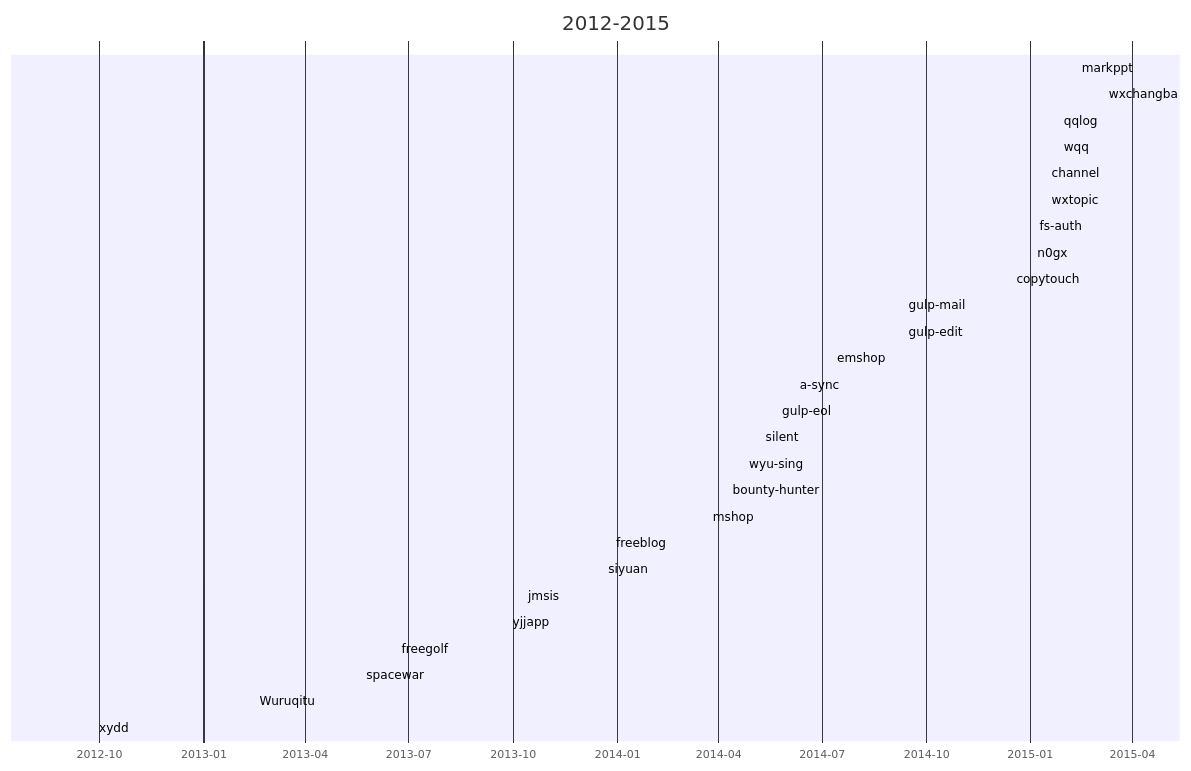
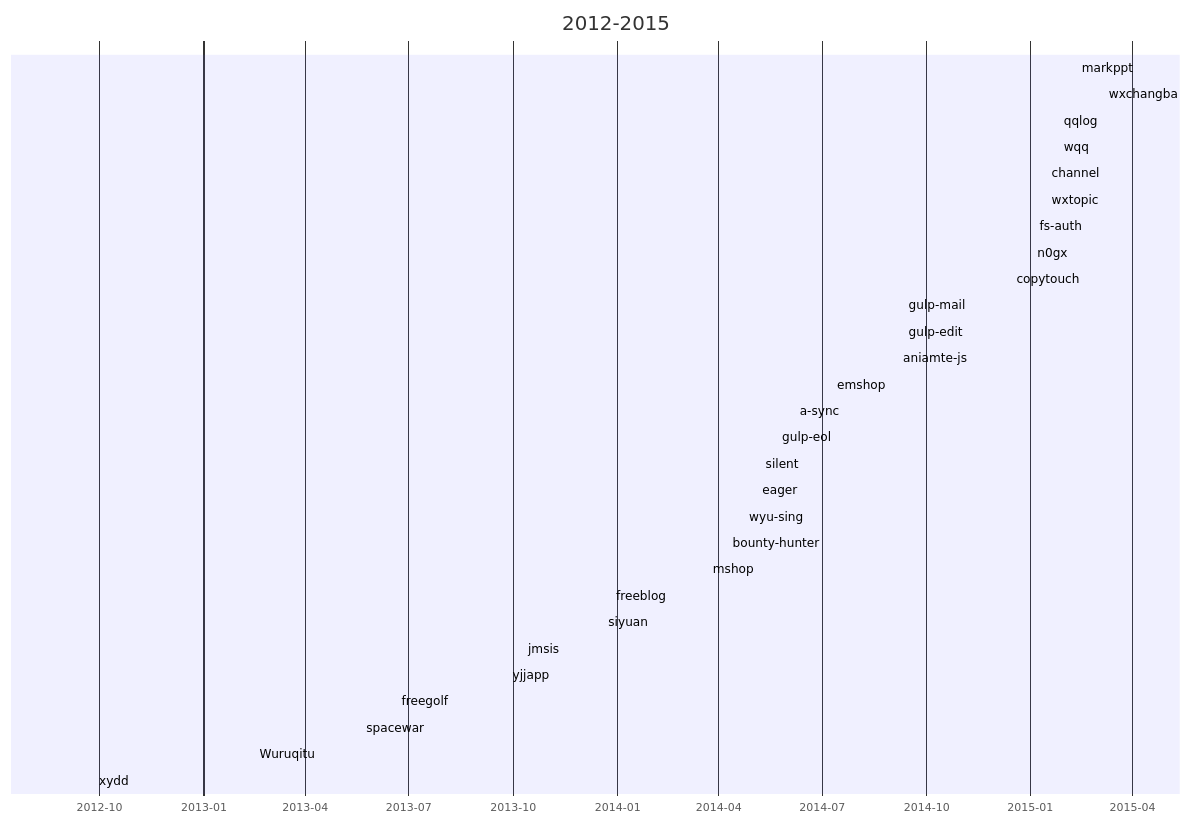
The fourth of 4 diagrams in blog/p/projects/timeline.md (fritx/silent), drawn with Mermaid before and after one commit. The commit also changed other lines of this file and 8 other files, not shown here.

````diff
--- a/blog/p/projects/timeline.md
+++ b/blog/p/projects/timeline.md
@@ -72,31 +73,33 @@
 ```mermaid
 gantt
   title 2012-2015
   axisFormat  %Y-%m
   markppt             :2015-04-07 , 2015-09-01
   wxchangba           :2015-03-07 , 2015-06-07
   qqlog       :2015-01-26 , 2015-09-15
   wqq       :2015-01-26 , 2015-09-15
   channel       :2015-01-15 , 2015-05-03
   wxtopic       :2015-01-15 , 2015-02-03
   fs-auth             :2015-01-05 , 2015-01-06
   n0gx                :2015-01-03 , 2015-02-11
   copytouch           :2014-12-15 , 2015-01-06
   gulp-mail           :2014-09-11 , 2014-09-12
   gulp-edit           :2014-09-11 , 2014-09-12
+  aniamte-js          :2014-09-06 , 2014-09-11
   emshop              :2014-07-10 , 2014-08-26
   a-sync              :2014-06-07 , 2014-06-09
   gulp-eol            :2014-05-22 , 2014-09-06
   silent              :2014-05-08 , 2015-07-05
+  eager               :2014-05-05 , 2014-05-06
   wyu-sing            :2014-04-23 , 2014-11-13
   bounty-hunter       :2014-04-09 , 2014-06-11
   mshop               :2014-03-22 , 2014-06-13
   freeblog            :2013-12-27 , 2014-01-09
   siyuan              :2013-12-20 , 2014-03-28
   jmsis               :2013-10-10 , 2015-06-29
   yjjapp              :2013-09-26 , 2013-12-01
   freegolf            :2013-06-20 , 2013-06-21
   spacewar            :2013-05-20 , 2013-05-21
   Wuruqitu            :2013-02-15 , 2013-02-17
   xydd                :2012-09-26 , 2012-12-01
 ```
````
